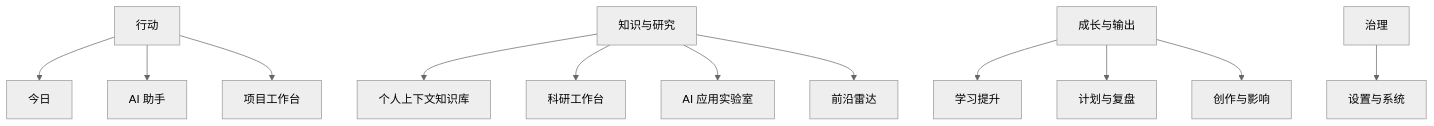
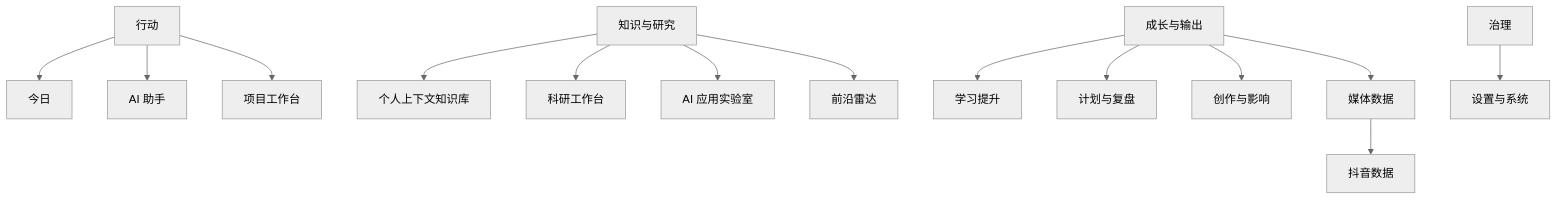
One commit to jiezho/DDUP changed the first of 5 diagrams in product/个人上下文智能工作台_需求分析与产品设计.md. Above: the diagram before and after it, drawn with Mermaid (neutral theme). The commit also changed other lines of this file and 42 other files, not shown here.

````diff
--- a/product/个人上下文智能工作台_需求分析与产品设计.md
+++ b/product/个人上下文智能工作台_需求分析与产品设计.md
@@ -171,14 +171,16 @@
 ```mermaid
 flowchart TB
   A["行动"] --> A1["今日"]
   A --> A2["AI 助手"]
   A --> A3["项目工作台"]
   B["知识与研究"] --> B1["个人上下文知识库"]
   B --> B2["科研工作台"]
   B --> B3["AI 应用实验室"]
   B --> B4["前沿雷达"]
   C["成长与输出"] --> C1["学习提升"]
   C --> C2["计划与复盘"]
   C --> C3["创作与影响"]
+  C --> C4["媒体数据"]
+  C4 --> C41["抖音数据"]
   D["治理"] --> D1["设置与系统"]
 ```
````
